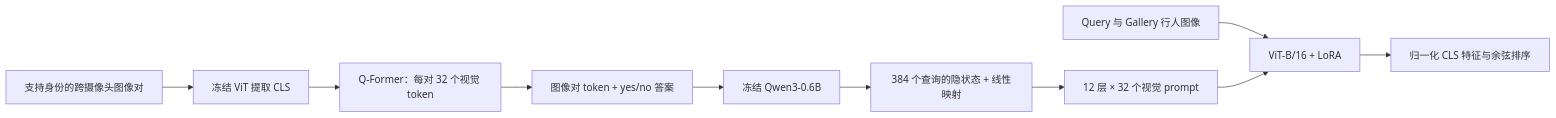
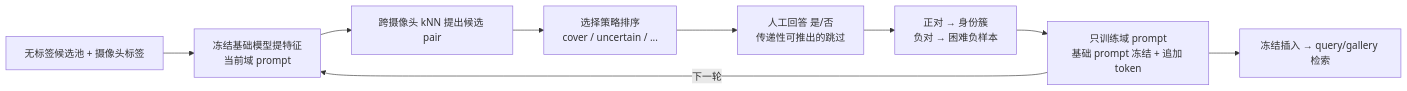
One commit to hykyuanduanvv/FERReid changed the diagram in README.md. Above: the diagram before and after it, drawn with Mermaid. The commit also changed other lines of this file and 566 other files, not shown here.

First line of the commit message:
Active_Pair_Prompt: active pair querying + target-domain prompt

````diff
--- a/README.md
+++ b/README.md
@@ -23,12 +17,11 @@
 ```mermaid
 flowchart LR
-    A[支持身份的跨摄像头图像对] --> B[冻结 ViT 提取 CLS]
-    B --> C[Q-Former：每对 32 个视觉 token]
-    C --> D[图像对 token + yes/no 答案]
-    D --> E[冻结 Qwen3-0.6B]
-    E --> F[384 个查询的隐状态 + 线性映射]
-    F --> G[12 层 × 32 个视觉 prompt]
-    H[Query 与 Gallery 行人图像] --> I[ViT-B/16 + LoRA]
-    G --> I
-    I --> J[归一化 CLS 特征与余弦排序]
+    A[无标签候选池 + 摄像头标签] --> B[冻结基础模型提特征<br/>当前域 prompt]
+    B --> C[跨摄像头 kNN 提出候选 pair]
+    C --> D[选择策略排序<br/>cover / uncertain / ...]
+    D --> E[人工回答 是/否<br/>传递性可推出的跳过]
+    E --> F[正对 → 身份簇<br/>负对 → 困难负样本]
+    F --> G[只训练域 prompt<br/>基础 prompt 冻结 + 追加 token]
+    G -->|下一轮| B
+    G --> H[冻结插入 → query/gallery 检索]
 ```
````
